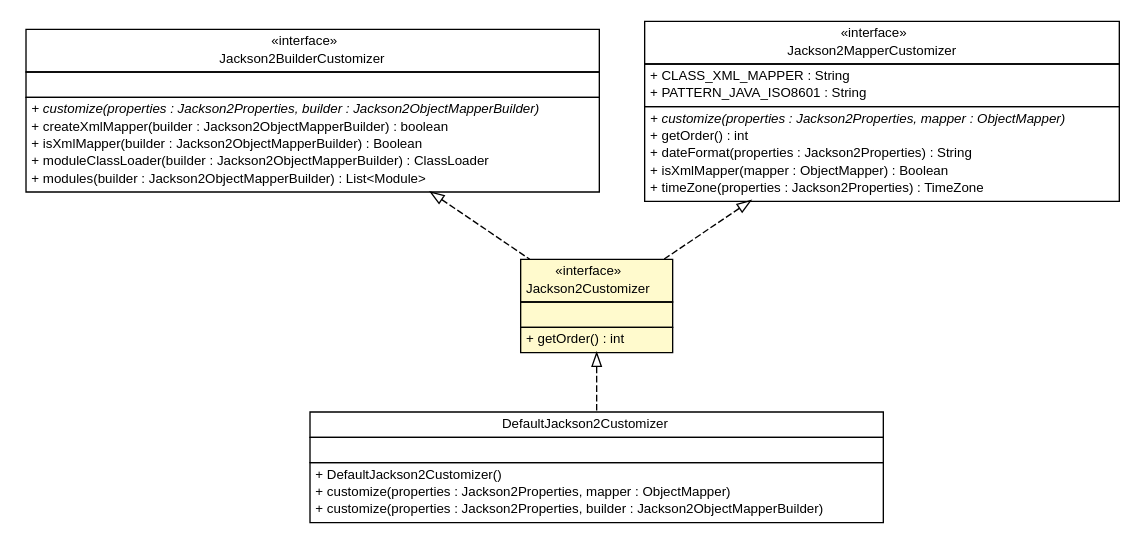
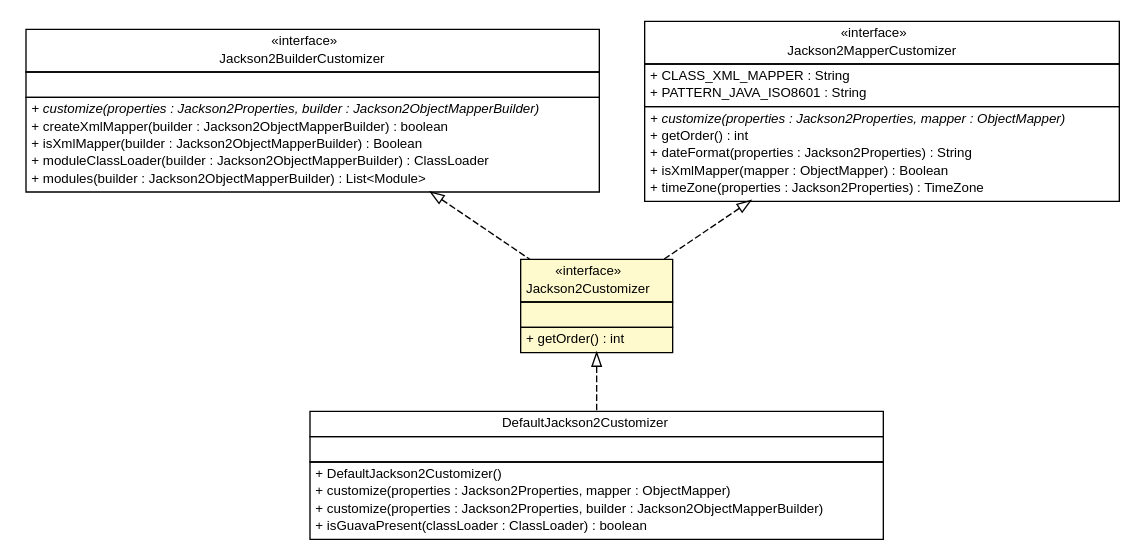
Before and after one commit to cloud-ready/cloud-ready: the diagram in snapshot/build-docker/cloud-ready-parent/spring-boot-jackson2/spring-boot-jackson2-core/apidocs/top/infra/jackson2/Jackson2Customizer.dot, drawn with Graphviz. The commit also changed 141 other files, not shown here.

```diff
--- a/snapshot/build-docker/cloud-ready-parent/spring-boot-jackson2/spring-boot-jackson2-core/apidocs/top/infra/jackson2/Jackson2Customizer.dot
+++ b/snapshot/build-docker/cloud-ready-parent/spring-boot-jackson2/spring-boot-jackson2-core/apidocs/top/infra/jackson2/Jackson2Customizer.dot
@@ -1,80 +1,81 @@
 #!/usr/local/bin/dot
 #
 # Class diagram 
 # Generated by UMLGraph version R5_6-24-gf6e263 (http://www.umlgraph.org/)
 #
 
 digraph G {
 	edge [fontname="Helvetica",fontsize=10,labelfontname="Helvetica",labelfontsize=10];
 	node [fontname="Helvetica",fontsize=10,shape=plaintext];
 	nodesep=0.25;
 	ranksep=0.5;
 	// top.infra.jackson2.Jackson2BuilderCustomizer
 	c327 [label=<<table title="top.infra.jackson2.Jackson2BuilderCustomizer" border="0" cellborder="1" cellspacing="0" cellpadding="2" port="p" href="./Jackson2BuilderCustomizer.html">
 		<tr><td><table border="0" cellspacing="0" cellpadding="1">
 <tr><td align="center" balign="center"> &#171;interface&#187; </td></tr>
 <tr><td align="center" balign="center"> Jackson2BuilderCustomizer </td></tr>
 		</table></td></tr>
 		<tr><td><table border="0" cellspacing="0" cellpadding="1">
 <tr><td align="left" balign="left">  </td></tr>
 		</table></td></tr>
 		<tr><td><table border="0" cellspacing="0" cellpadding="1">
 <tr><td align="left" balign="left"><font face="Helvetica-Oblique" point-size="10.0"> + customize(properties : Jackson2Properties, builder : Jackson2ObjectMapperBuilder) </font></td></tr>
 <tr><td align="left" balign="left"> + createXmlMapper(builder : Jackson2ObjectMapperBuilder) : boolean </td></tr>
 <tr><td align="left" balign="left"> + isXmlMapper(builder : Jackson2ObjectMapperBuilder) : Boolean </td></tr>
 <tr><td align="left" balign="left"> + moduleClassLoader(builder : Jackson2ObjectMapperBuilder) : ClassLoader </td></tr>
 <tr><td align="left" balign="left"> + modules(builder : Jackson2ObjectMapperBuilder) : List&lt;Module&gt; </td></tr>
 		</table></td></tr>
 		</table>>, URL="./Jackson2BuilderCustomizer.html", fontname="Helvetica", fontcolor="black", fontsize=10.0];
 	// top.infra.jackson2.DefaultJackson2Customizer
 	c330 [label=<<table title="top.infra.jackson2.DefaultJackson2Customizer" border="0" cellborder="1" cellspacing="0" cellpadding="2" port="p" href="./DefaultJackson2Customizer.html">
 		<tr><td><table border="0" cellspacing="0" cellpadding="1">
 <tr><td align="center" balign="center"> DefaultJackson2Customizer </td></tr>
 		</table></td></tr>
 		<tr><td><table border="0" cellspacing="0" cellpadding="1">
 <tr><td align="left" balign="left">  </td></tr>
 		</table></td></tr>
 		<tr><td><table border="0" cellspacing="0" cellpadding="1">
 <tr><td align="left" balign="left"> + DefaultJackson2Customizer() </td></tr>
 <tr><td align="left" balign="left"> + customize(properties : Jackson2Properties, mapper : ObjectMapper) </td></tr>
 <tr><td align="left" balign="left"> + customize(properties : Jackson2Properties, builder : Jackson2ObjectMapperBuilder) </td></tr>
+<tr><td align="left" balign="left"> + isGuavaPresent(classLoader : ClassLoader) : boolean </td></tr>
 		</table></td></tr>
 		</table>>, URL="./DefaultJackson2Customizer.html", fontname="Helvetica", fontcolor="black", fontsize=10.0];
 	// top.infra.jackson2.Jackson2Customizer
 	c332 [label=<<table title="top.infra.jackson2.Jackson2Customizer" border="0" cellborder="1" cellspacing="0" cellpadding="2" port="p" bgcolor="lemonChiffon" href="./Jackson2Customizer.html">
 		<tr><td><table border="0" cellspacing="0" cellpadding="1">
 <tr><td align="center" balign="center"> &#171;interface&#187; </td></tr>
 <tr><td align="center" balign="center"> Jackson2Customizer </td></tr>
 		</table></td></tr>
 		<tr><td><table border="0" cellspacing="0" cellpadding="1">
 <tr><td align="left" balign="left">  </td></tr>
 		</table></td></tr>
 		<tr><td><table border="0" cellspacing="0" cellpadding="1">
 <tr><td align="left" balign="left"> + getOrder() : int </td></tr>
 		</table></td></tr>
 		</table>>, URL="./Jackson2Customizer.html", fontname="Helvetica", fontcolor="black", fontsize=10.0];
 	// top.infra.jackson2.Jackson2MapperCustomizer
 	c335 [label=<<table title="top.infra.jackson2.Jackson2MapperCustomizer" border="0" cellborder="1" cellspacing="0" cellpadding="2" port="p" href="./Jackson2MapperCustomizer.html">
 		<tr><td><table border="0" cellspacing="0" cellpadding="1">
 <tr><td align="center" balign="center"> &#171;interface&#187; </td></tr>
 <tr><td align="center" balign="center"> Jackson2MapperCustomizer </td></tr>
 		</table></td></tr>
 		<tr><td><table border="0" cellspacing="0" cellpadding="1">
 <tr><td align="left" balign="left"> + CLASS_XML_MAPPER : String </td></tr>
 <tr><td align="left" balign="left"> + PATTERN_JAVA_ISO8601 : String </td></tr>
 		</table></td></tr>
 		<tr><td><table border="0" cellspacing="0" cellpadding="1">
 <tr><td align="left" balign="left"><font face="Helvetica-Oblique" point-size="10.0"> + customize(properties : Jackson2Properties, mapper : ObjectMapper) </font></td></tr>
 <tr><td align="left" balign="left"> + getOrder() : int </td></tr>
 <tr><td align="left" balign="left"> + dateFormat(properties : Jackson2Properties) : String </td></tr>
 <tr><td align="left" balign="left"> + isXmlMapper(mapper : ObjectMapper) : Boolean </td></tr>
 <tr><td align="left" balign="left"> + timeZone(properties : Jackson2Properties) : TimeZone </td></tr>
 		</table></td></tr>
 		</table>>, URL="./Jackson2MapperCustomizer.html", fontname="Helvetica", fontcolor="black", fontsize=10.0];
 	//top.infra.jackson2.DefaultJackson2Customizer implements top.infra.jackson2.Jackson2Customizer
 	c332:p -> c330:p [dir=back,arrowtail=empty,style=dashed];
 	//top.infra.jackson2.Jackson2Customizer implements top.infra.jackson2.Jackson2MapperCustomizer
 	c335:p -> c332:p [dir=back,arrowtail=empty,style=dashed];
 	//top.infra.jackson2.Jackson2Customizer implements top.infra.jackson2.Jackson2BuilderCustomizer
 	c327:p -> c332:p [dir=back,arrowtail=empty,style=dashed];
 }
```
